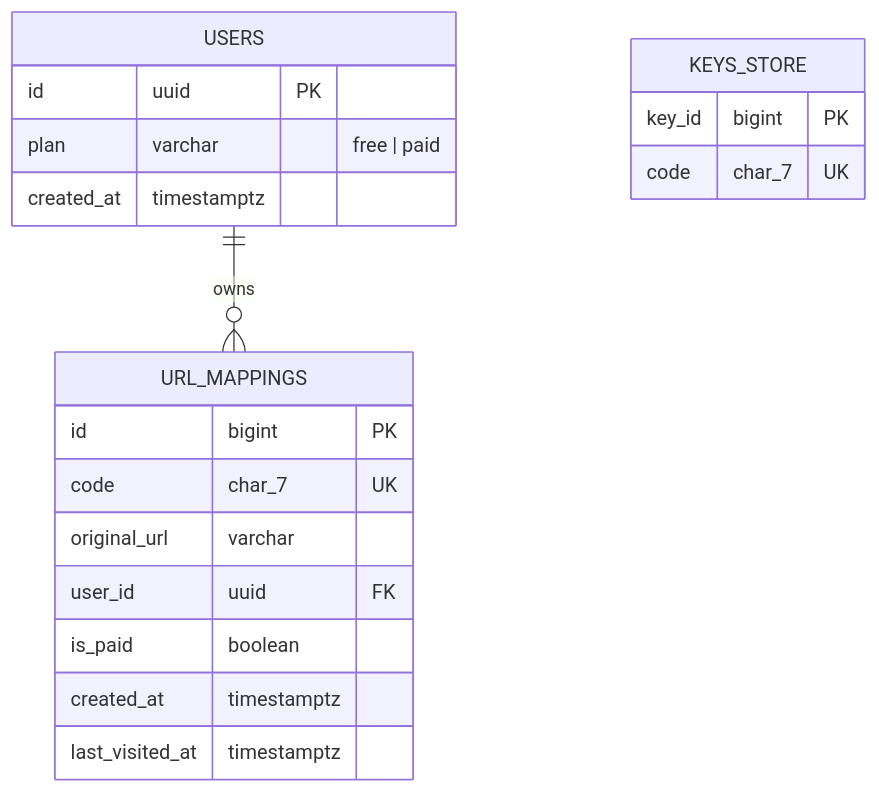
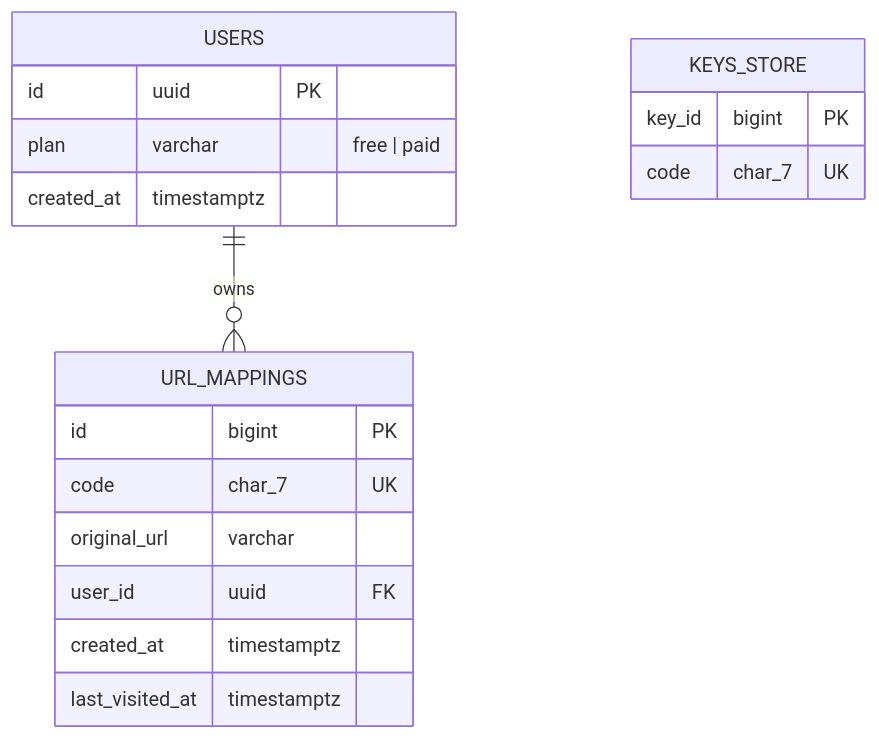
The first of 7 diagrams in system-design/new/01. tinyurl.md (psquared-dev/java-questions), drawn with Mermaid before and after one commit. The commit also changed other lines of this file, not shown here.

````diff
--- a/system-design/new/01. tinyurl.md
+++ b/system-design/new/01. tinyurl.md
@@ -84,22 +84,21 @@
 ```mermaid
 erDiagram
     USERS ||--o{ URL_MAPPINGS: owns
     USERS {
         id uuid PK
         plan varchar "free | paid"
         created_at timestamptz
     }
     URL_MAPPINGS {
         id bigint PK
         code char_7 UK
         original_url varchar
         user_id uuid FK
-        is_paid boolean
         created_at timestamptz
         last_visited_at timestamptz
     }
     KEYS_STORE {
         key_id bigint PK
         code char_7 UK
     }
 ```
````
